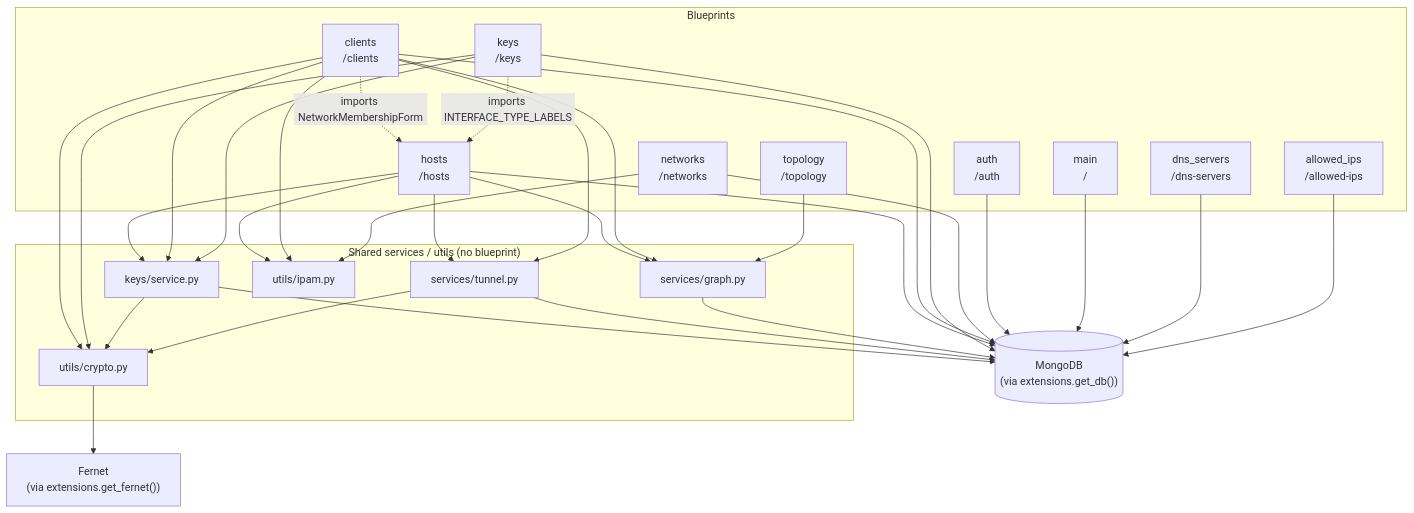
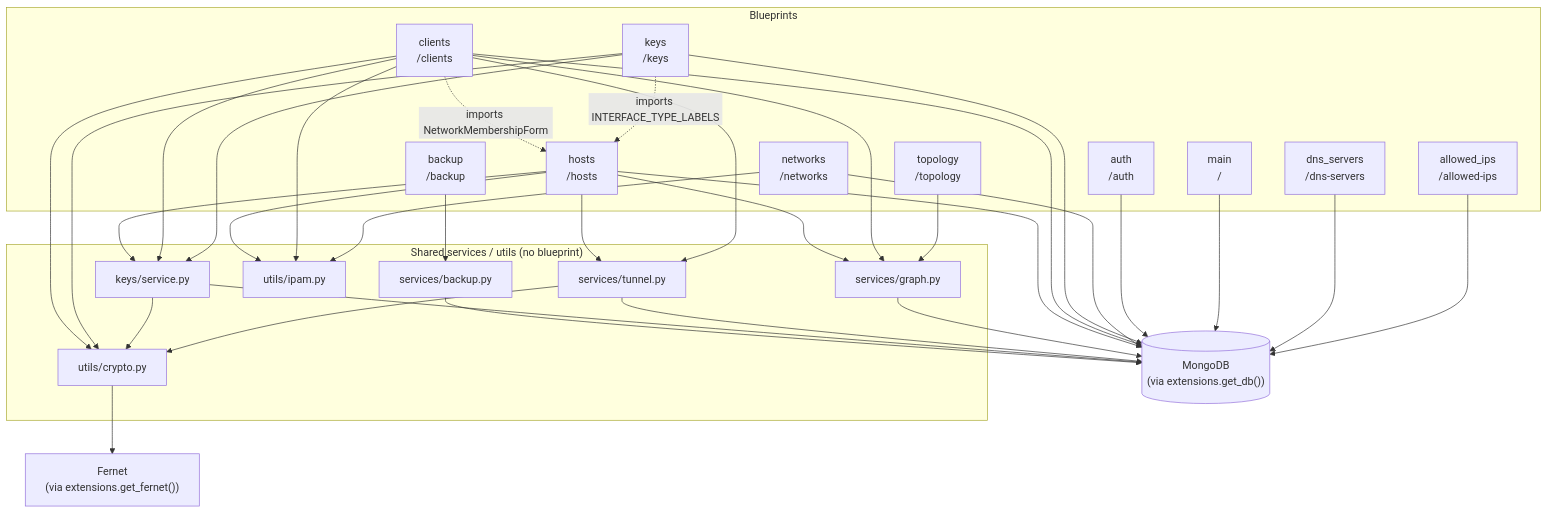
Before and after one commit to ibehren1/wireguard-network-manager: the first of 3 diagrams in docs/ARCHITECTURE.md, drawn with Mermaid. The commit also changed other lines of this file and 20 other files, not shown here.

````diff
--- a/docs/ARCHITECTURE.md
+++ b/docs/ARCHITECTURE.md
@@ -106,61 +123,65 @@
 ```mermaid
 flowchart TB
     subgraph BP["Blueprints"]
         auth["auth<br/>/auth"]
         main["main<br/>/"]
         networks["networks<br/>/networks"]
         hosts["hosts<br/>/hosts"]
         clients["clients<br/>/clients"]
         keys["keys<br/>/keys"]
         dns_servers["dns_servers<br/>/dns-servers"]
         allowed_ips["allowed_ips<br/>/allowed-ips"]
         topology["topology<br/>/topology"]
+        backup["backup<br/>/backup"]
     end
 
     subgraph SVC["Shared services / utils (no blueprint)"]
         tunnel["services/tunnel.py"]
         graphsvc["services/graph.py"]
         keysvc["keys/service.py"]
         crypto["utils/crypto.py"]
         ipam["utils/ipam.py"]
+        backupsvc["services/backup.py"]
     end
 
     mongo[("MongoDB<br/>(via extensions.get_db())")]
     fernet["Fernet<br/>(via extensions.get_fernet())"]
 
     hosts --> keysvc
     hosts --> tunnel
     hosts --> graphsvc
     hosts --> ipam
     hosts --> mongo
 
     clients --> keysvc
     clients --> tunnel
     clients --> graphsvc
     clients --> crypto
     clients --> ipam
     clients --> mongo
     clients -. "imports NetworkMembershipForm" .-> hosts
 
     keys --> keysvc
     keys --> crypto
     keys --> mongo
     keys -. "imports INTERFACE_TYPE_LABELS" .-> hosts
 
     topology --> graphsvc
 
     networks --> ipam
     networks --> mongo
 
     auth --> mongo
     main --> mongo
     dns_servers --> mongo
     allowed_ips --> mongo
+    backup --> backupsvc
+    backupsvc --> mongo
 
     keysvc --> crypto
     keysvc --> mongo
     tunnel --> crypto
     tunnel --> mongo
     graphsvc --> mongo
     crypto --> fernet
 ```
````
